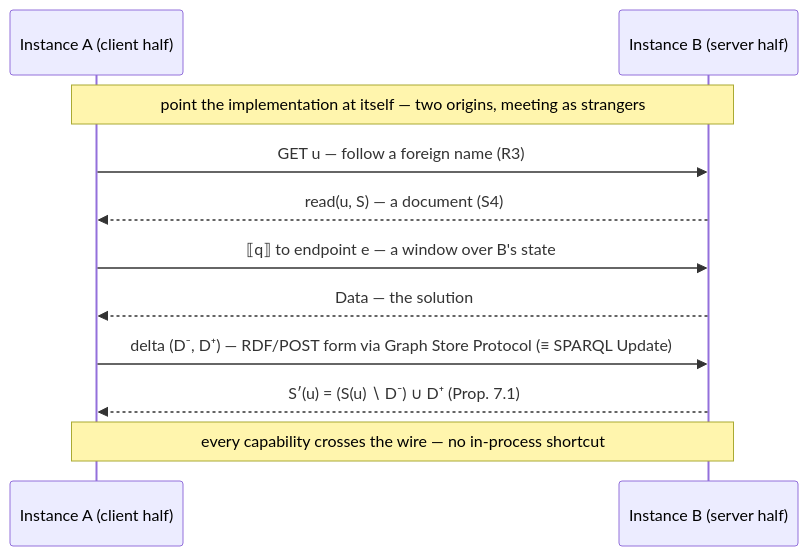
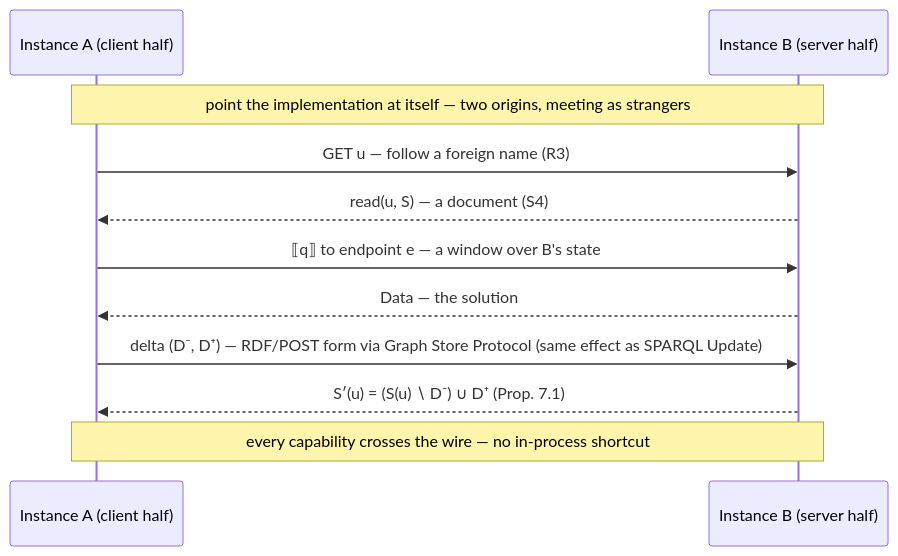
One commit to AtomGraph/First-Principles-of-the-Web changed diagram 11 of 11 in first-principles-of-the-web.md. Above: the diagram before and after it, drawn with Mermaid. The commit also changed other lines of this file, not shown here.

````diff
--- a/first-principles-of-the-web.md
+++ b/first-principles-of-the-web.md
@@ -1010,13 +1010,13 @@
 ```mermaid
 sequenceDiagram
     participant A as Instance A (client half)
     participant B as Instance B (server half)
     Note over A,B: point the implementation at itself — two origins, meeting as strangers
     A->>B: GET u — follow a foreign name (R3)
     B-->>A: read(u, S) — a document (S4)
     A->>B: ⟦q⟧ to endpoint e — a window over B's state
     B-->>A: Data — the solution
-    A->>B: delta (D⁻, D⁺) — RDF/POST form via Graph Store Protocol (≡ SPARQL Update)
+    A->>B: delta (D⁻, D⁺) — RDF/POST form via Graph Store Protocol (same effect as SPARQL Update)
     B-->>A: S′(u) = (S(u) ∖ D⁻) ∪ D⁺ (Prop. 7.1)
     Note over A,B: every capability crosses the wire — no in-process shortcut
 ```
````
